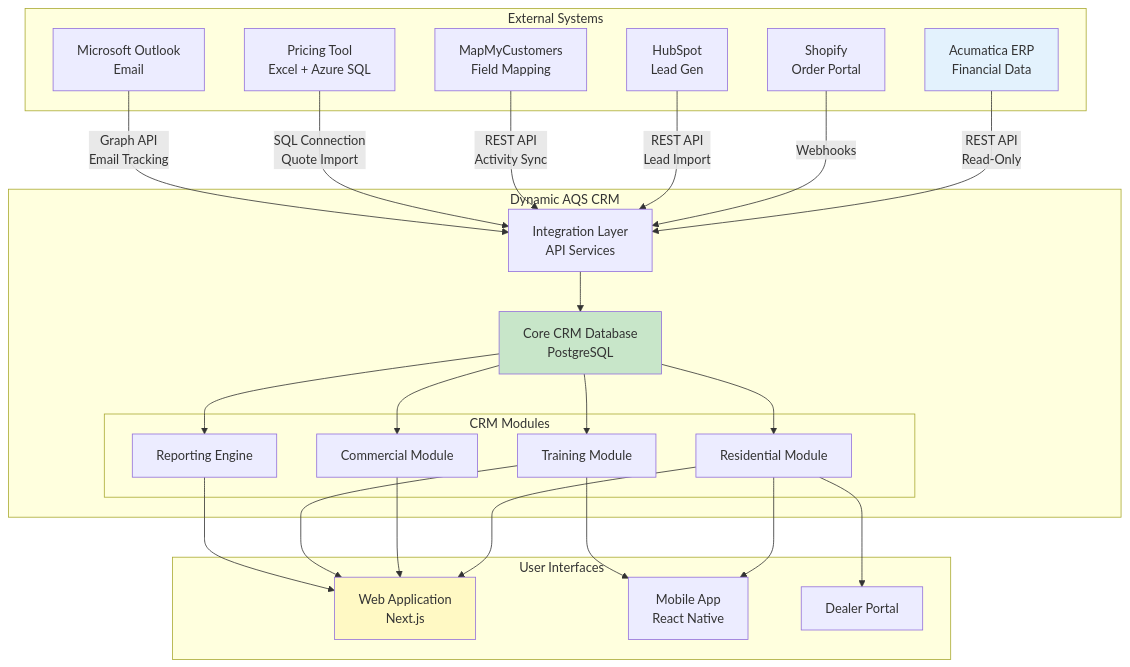
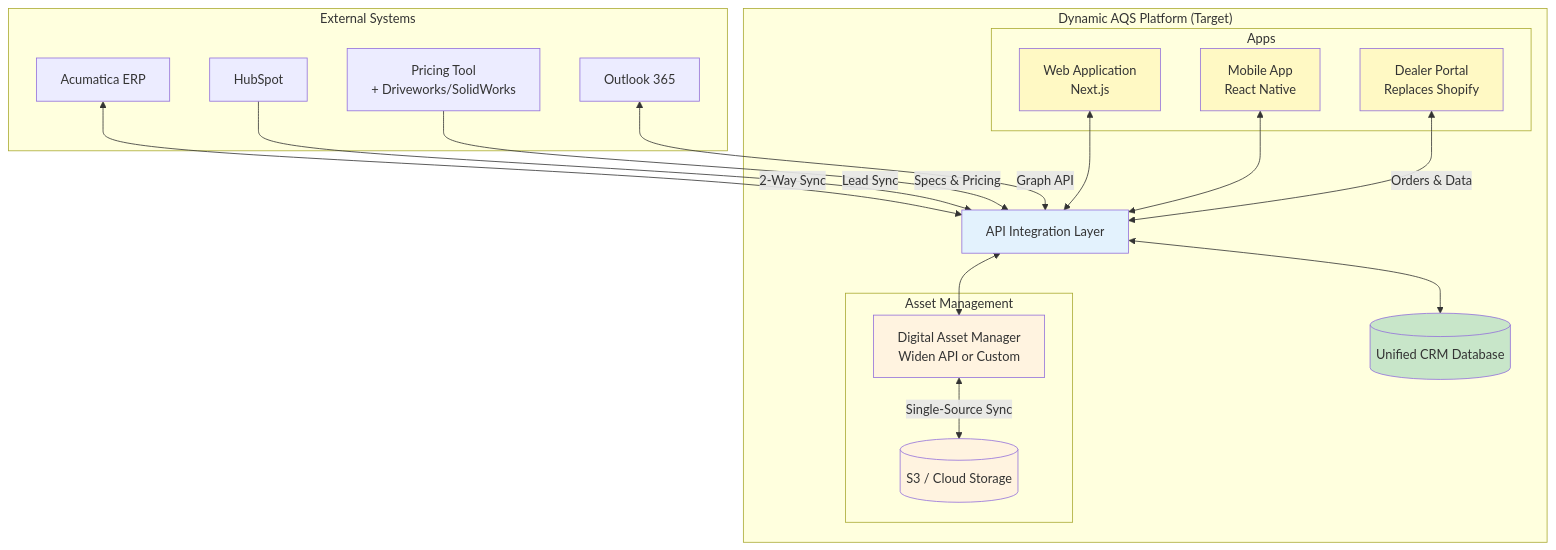
Before and after one commit to ahmadhassan91/dynamic-aqs: diagram 17 of 18 in docs/WORKFLOW_DIAGRAMS.md, drawn with Mermaid. The commit also changed other lines of this file and 10 other files, not shown here.

````diff
--- a/docs/WORKFLOW_DIAGRAMS.md
+++ b/docs/WORKFLOW_DIAGRAMS.md
@@ -284,58 +807,50 @@
 ```mermaid
 flowchart TB
     subgraph "External Systems"
-        ACU[Acumatica ERP<br/>Financial Data]
-        SHOP[Shopify<br/>Order Portal]
-        HUB[HubSpot<br/>Lead Gen]
-        MMC[MapMyCustomers<br/>Field Mapping]
-        PRICE[Pricing Tool<br/>Excel + Azure SQL]
-        OUT[Microsoft Outlook<br/>Email]
+        ACU[Acumatica ERP]
+        HUB[HubSpot]
+        PRICE[Pricing Tool<br/>+ Driveworks/SolidWorks]
+        OUT[Outlook 365]
     end
     
-    subgraph "Dynamic AQS CRM"
-        CORE[Core CRM Database<br/>PostgreSQL]
-        API[Integration Layer<br/>API Services]
+    subgraph "Dynamic AQS Platform (Target)"
+        API[API Integration Layer]
+        CORE[(Unified CRM Database)]
         
-        subgraph "CRM Modules"
-            RES[Residential Module]
-            COM[Commercial Module]
-            TRAIN[Training Module]
-            REPORT[Reporting Engine]
+        subgraph "Asset Management"
+            DAM[Digital Asset Manager<br/>Widen API or Custom]
+            S3[(S3 / Cloud Storage)]
+        end
+        
+        subgraph Apps
+            WEB[Web Application<br/>Next.js]
+            MOBILE[Mobile App<br/>React Native]
+            DEALER[Dealer Portal<br/>Replaces Shopify]
         end
     end
     
-    subgraph "User Interfaces"
-        WEB[Web Application<br/>Next.js]
-        MOBILE[Mobile App<br/>React Native]
-        DEALER[Dealer Portal]
-    end
+    %% External Integrations
+    ACU <-->|2-Way Sync| API
+    HUB -->|Lead Sync| API
+    PRICE -->|Specs & Pricing| API
+    OUT <-->|Graph API| API
     
-    %% Integrations
-    ACU -->|REST API<br/>Read-Only| API
-    SHOP -->|Webhooks| API
-    HUB -->|REST API<br/>Lead Import| API
-    MMC -->|REST API<br/>Activity Sync| API
-    PRICE -->|SQL Connection<br/>Quote Import| API
-    OUT -->|Graph API<br/>Email Tracking| API
+    %% Asset Management Flow
+    DAM <-->|Single-Source Sync| S3
+    API <--> DAM
     
-    API --> CORE
+    %% Internal Flow
+    API <--> CORE
+    WEB <--> API
+    MOBILE <--> API
+    DEALER <-->|Orders & Data| API
     
-    CORE --> RES
-    CORE --> COM
-    CORE --> TRAIN
-    CORE --> REPORT
-    
-    RES --> WEB
-    COM --> WEB
-    TRAIN --> WEB
-    REPORT --> WEB
-    
-    RES --> MOBILE
-    TRAIN --> MOBILE
-    
-    RES --> DEALER
-    
-    style ACU fill:#e3f2fd
+    %% Styling
+    style API fill:#e3f2fd
     style CORE fill:#c8e6c9
+    style DAM fill:#fff3e0
+    style S3 fill:#fff3e0
     style WEB fill:#fff9c4
+    style MOBILE fill:#fff9c4
+    style DEALER fill:#fff9c4
 ```
````
